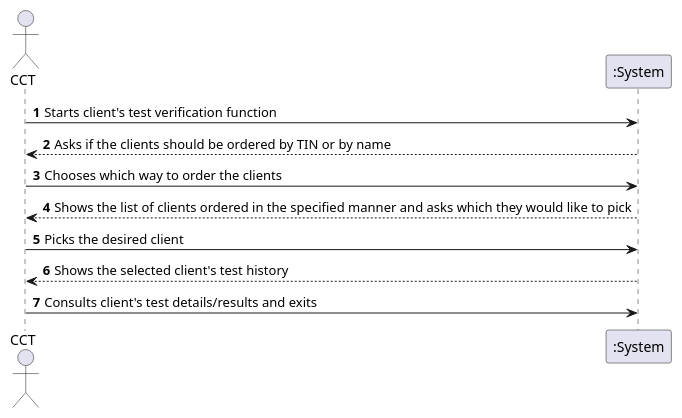
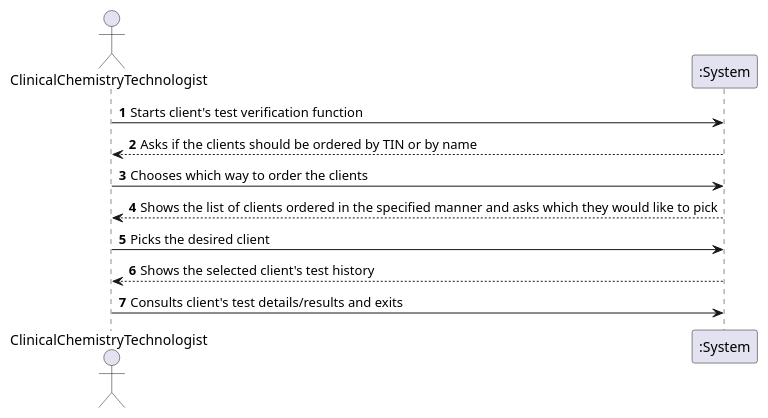
One commit to MadDinosaur/ISEP-LAPR2 changed the diagram in docs/SprintD/US13/US13_SSD.puml. Above: the diagram before and after it, drawn with PlantUML. The commit also changed 2 other files, not shown here.

```diff
--- a/docs/SprintD/US13/US13_SSD.puml
+++ b/docs/SprintD/US13/US13_SSD.puml
@@ -1,16 +1,16 @@
 @startuml
 
 autonumber
 
-actor "CCT"
+actor "ClinicalChemistryTechnologist" as CCT
 
-"CCT" -> ":System": Starts client's test verification function
-":System" --> "CCT": Asks if the clients should be ordered by TIN or by name
-"CCT" -> ":System": Chooses which way to order the clients
-":System" --> "CCT": Shows the list of clients ordered in the specified manner and asks which they would like to pick
-"CCT" -> ":System": Picks the desired client
-":System" --> "CCT": Shows the selected client's test history
-"CCT" -> ":System": Consults client's test details/results and exits
+CCT -> ":System": Starts client's test verification function
+":System" --> CCT: Asks if the clients should be ordered by TIN or by name
+CCT -> ":System": Chooses which way to order the clients
+":System" --> CCT: Shows the list of clients ordered in the specified manner and asks which they would like to pick
+CCT -> ":System": Picks the desired client
+":System" --> CCT: Shows the selected client's test history
+CCT -> ":System": Consults client's test details/results and exits
 
 
 @enduml
```
